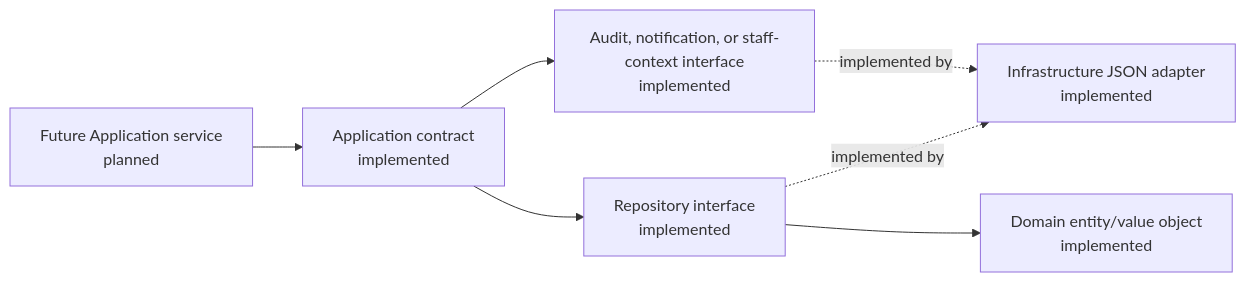
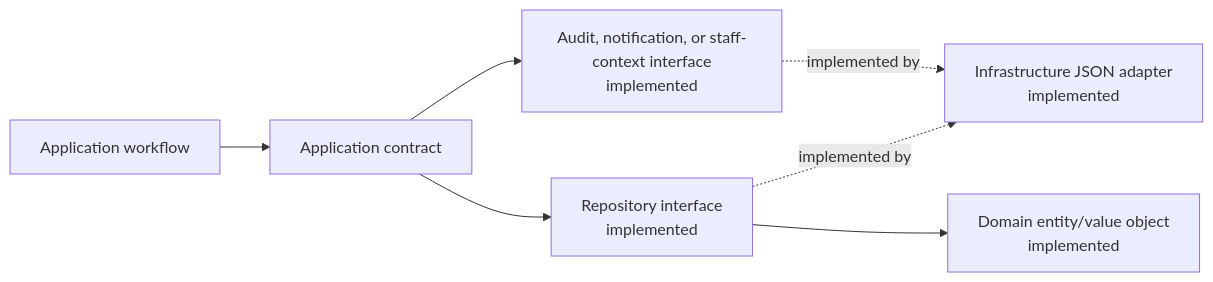
One commit to NarendraDappili/ApexPostLogisticsRepo changed the third of 27 diagrams in DESIGN.md. Above: the diagram before and after it, drawn with Mermaid. The commit also changed other lines of this file and 10 other files, not shown here.

Commit message:
docs: complete ApexPost architecture and delivery documentation

````diff
--- a/DESIGN.md
+++ b/DESIGN.md
@@ -51,9 +52,9 @@
 ```mermaid
 flowchart LR
-    Consumer[Future Application service<br/>planned] --> Contract[Application contract<br/>implemented]
+    Consumer[Application workflow] --> Contract[Application contract]
     Contract --> Repository[Repository interface<br/>implemented]
     Contract --> Capability[Audit, notification, or staff-context interface<br/>implemented]
     Repository -. implemented by .-> Infrastructure[Infrastructure JSON adapter<br/>implemented]
     Capability -. implemented by .-> Infrastructure
     Repository --> Domain[Domain entity/value object<br/>implemented]
 ```
````
